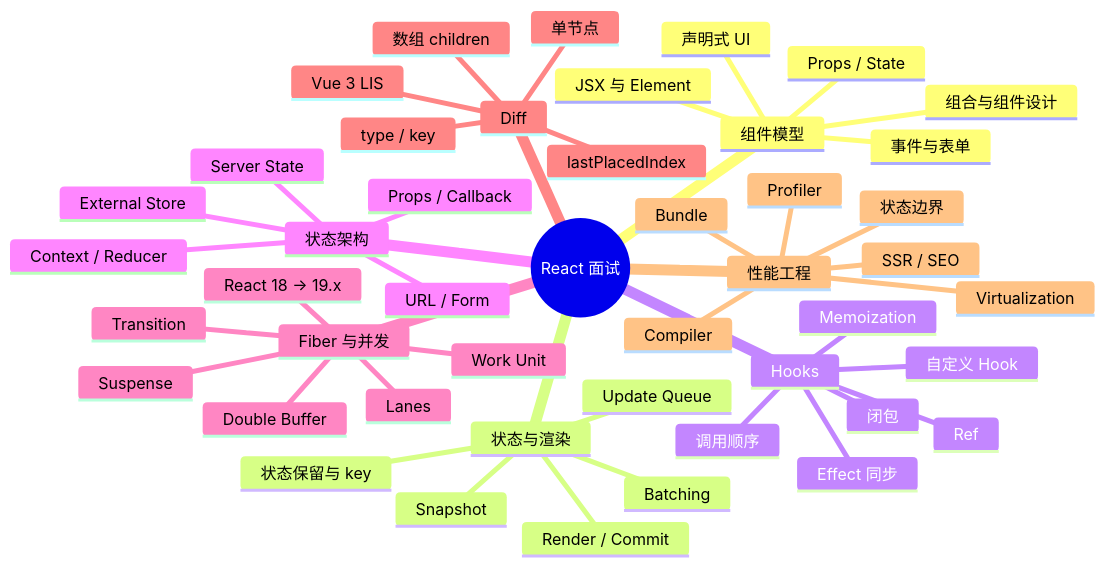
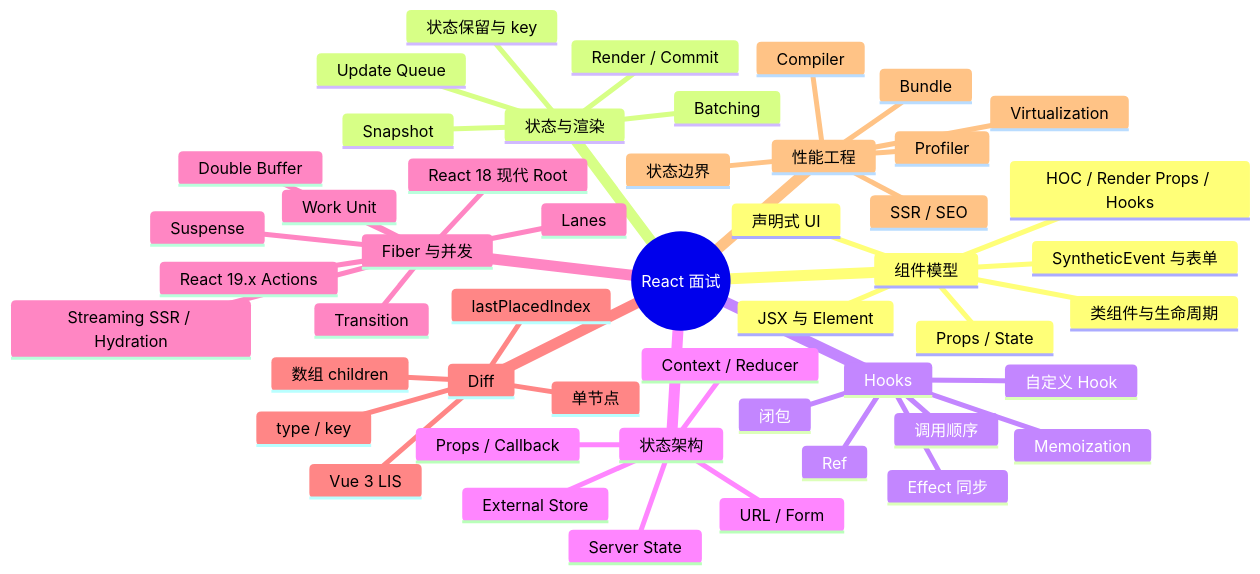
The first of 3 diagrams in docs/react-interview/react-interview-guide.md (2530622506/interView-writing-), drawn with Mermaid before and after one commit. The commit also changed other lines of this file and 8 other files, not shown here.

````diff
--- a/docs/react-interview/react-interview-guide.md
+++ b/docs/react-interview/react-interview-guide.md
@@ -31,49 +31,52 @@
 ```mermaid
 mindmap
   root((React 面试))
     组件模型
       声明式 UI
       JSX 与 Element
       Props / State
-      事件与表单
-      组合与组件设计
+      SyntheticEvent 与表单
+      HOC / Render Props / Hooks
+      类组件与生命周期
     状态与渲染
       Snapshot
       Update Queue
       Batching
       Render / Commit
       状态保留与 key
     Hooks
       调用顺序
       闭包
       Effect 同步
       Ref
       Memoization
       自定义 Hook
     状态架构
       Props / Callback
       Context / Reducer
       External Store
       Server State
       URL / Form
     Fiber 与并发
       Work Unit
       Double Buffer
       Lanes
       Transition
       Suspense
-      React 18 → 19.x
+      React 18 现代 Root
+      Streaming SSR / Hydration
+      React 19.x Actions
     Diff
       type / key
       单节点
       数组 children
       lastPlacedIndex
       Vue 3 LIS
     性能工程
       Profiler
       状态边界
       Virtualization
       Compiler
       Bundle
       SSR / SEO
 ```
````
